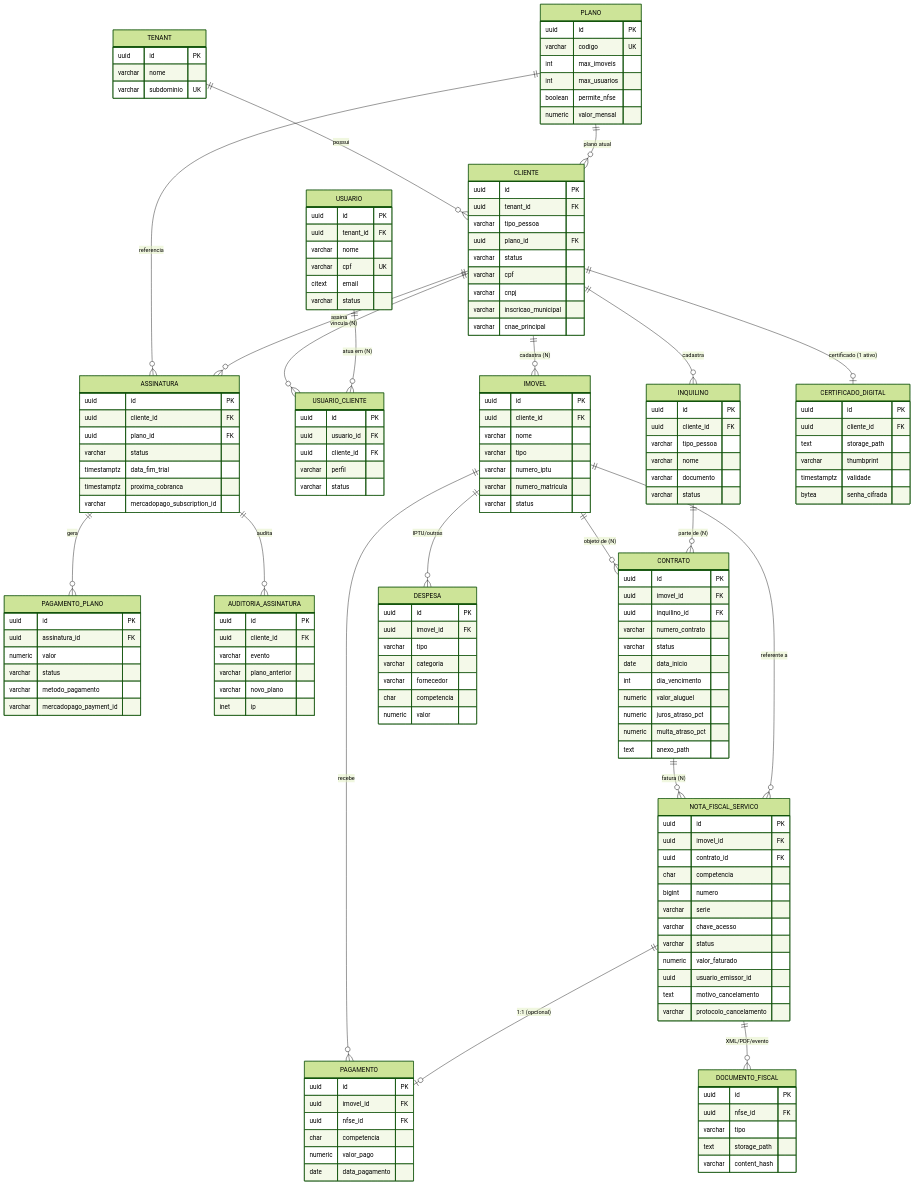
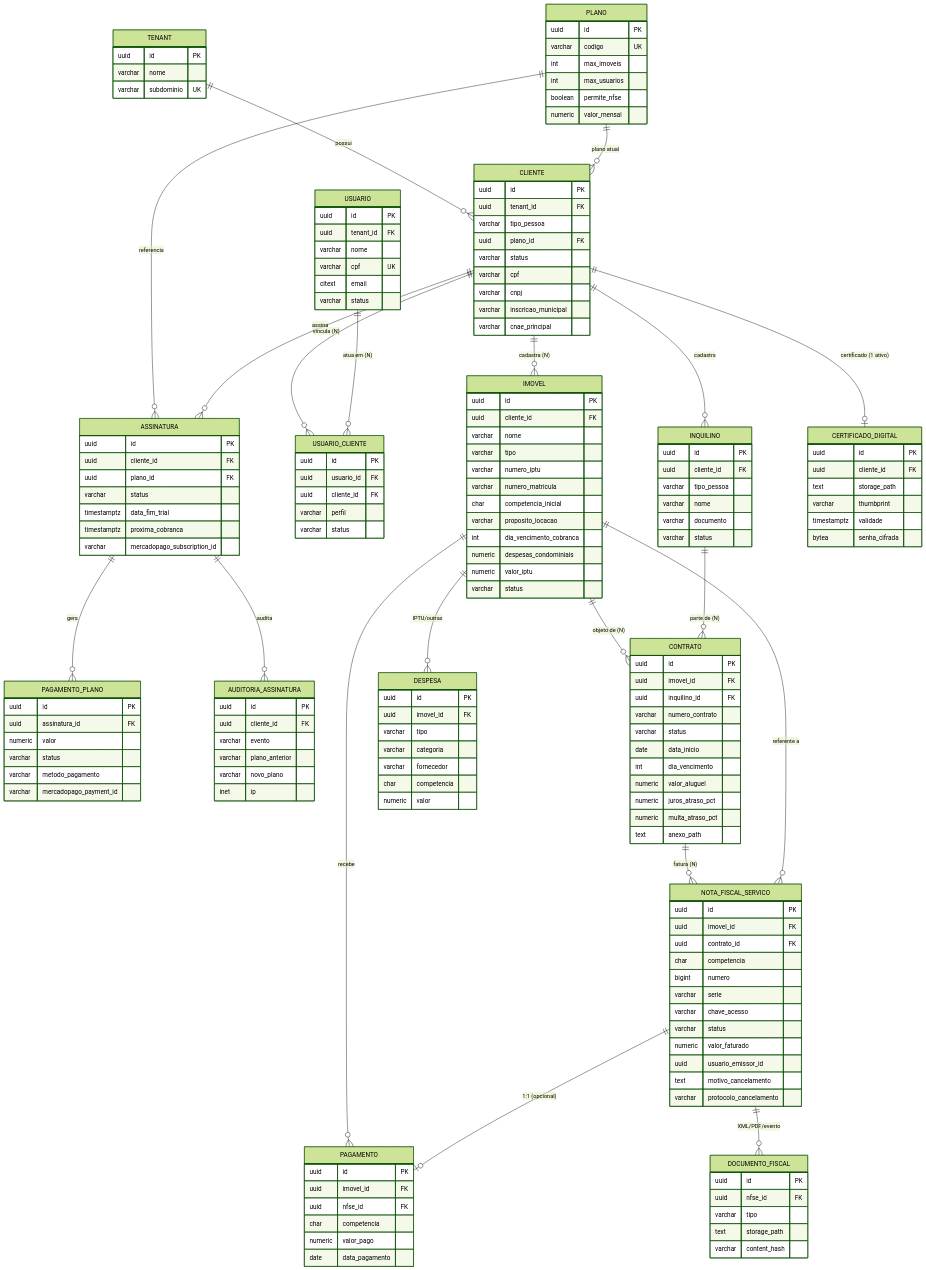
One commit to tthimoteo/app-aluguel changed the first of 2 diagrams in Docs/Arquitetura/04-ERD.md. Above: the diagram before and after it, drawn with Mermaid (forest theme). The commit also changed 21 other files, not shown here.

```diff
--- a/Docs/Arquitetura/04-ERD.md
+++ b/Docs/Arquitetura/04-ERD.md
@@ -121,6 +121,11 @@
         varchar tipo
         varchar numero_iptu
         varchar numero_matricula
+        char competencia_inicial
+        varchar proposito_locacao
+        int dia_vencimento_cobranca
+        numeric despesas_condominiais
+        numeric valor_iptu
         varchar status
     }
     INQUILINO {
```
